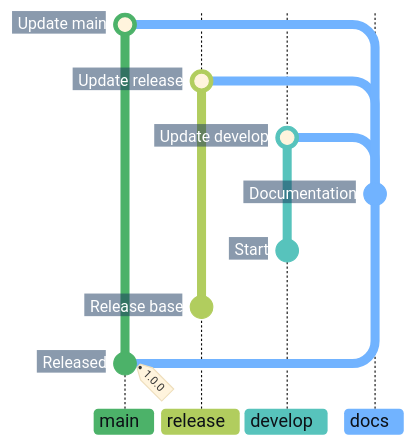
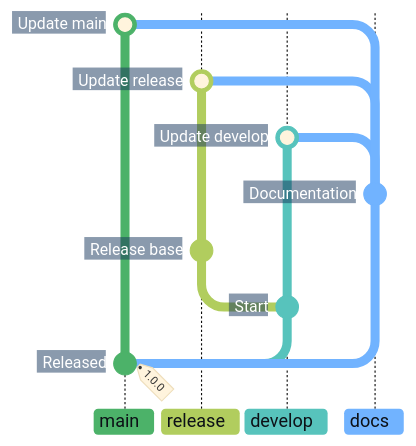
The third of 3 diagrams in docs/adr/cicd.md (superhero/operations.superduper.solutions), drawn with Mermaid before and after one commit. The commit also changed other lines of this file, not shown here.

Commit message:
docs: show branch ancestry in the documentation graph

````diff
--- a/docs/adr/cicd.md
+++ b/docs/adr/cicd.md
@@ -123,28 +122,25 @@
 ```mermaid
 %%{init: {"theme": "base", "themeCSS": "line.branch { stroke: #8B949E; stroke-width: 1px; stroke-dasharray: 1 4; stroke-linecap: round; } .branchLabel, .tag-label { font-weight: 700; } .tag-label-bkg, .commit-label-bkg { opacity: 0.9; } .tag-label-bkg { fill: #B8E6C4; stroke: #8ED3A2; } .branchLabelBkg { opacity: 1; clip-path: inset(0 8px 0 0 round 4px) fill-box; } .commit-labels g:nth-last-of-type(-n+3) { visibility: hidden; } .commit-labels g { transform-box: fill-box; transform-origin: calc(100% + 17px) calc(50% + 2px); transform: rotate(-10deg); } .commit-label { font-weight: 700; transform: translateX(-8px); } .commit-label-bkg { stroke: #17365D; stroke-width: 20px; transform: translateX(-5px); clip-path: polygon(-4px -4px, calc(100% + 4px) -4px, calc(100% + 10px) 50%, calc(100% + 4px) calc(100% + 4px), -4px calc(100% + 4px)) fill-box; }", "gitGraph": {"showCommitLabel": true, "rotateCommitLabel": false}, "themeVariables": {
     "commitLabelFontSize": "14px", "commitLabelColor": "#FFFFFF", "commitLabelBackground": "#17365D",
     "git0": "#4CB269", "gitBranchLabel0": "#0D1117",
     "git1": "#B1CD5E", "gitBranchLabel1": "#0D1117",
     "git2": "#57C3BC", "gitBranchLabel2": "#0D1117",
     "git3": "#71B3FF", "gitBranchLabel3": "#0D1117"
 }}}%%
 gitGraph BT:
-    %% Existing branch histories are omitted; hide their three initial notes.
+    %% Hide the three initial notes while retaining their branch connections.
+    commit id: "Released" tag: "1.0.0"
     branch develop order: 2
+    commit id: "Start"
     branch release order: 1
-    checkout main
-    commit id: "Released" tag: "1.0.0"
-    checkout release
     commit id: "Release base"
-    checkout develop
-    commit id: "Start"
     checkout main
     branch docs order: 3
     commit id: "Documentation"
     checkout develop
     merge docs id: "Update develop"
     checkout release
     merge docs id: "Update release"
     checkout main
     merge docs id: "Update main"
 ```
````
